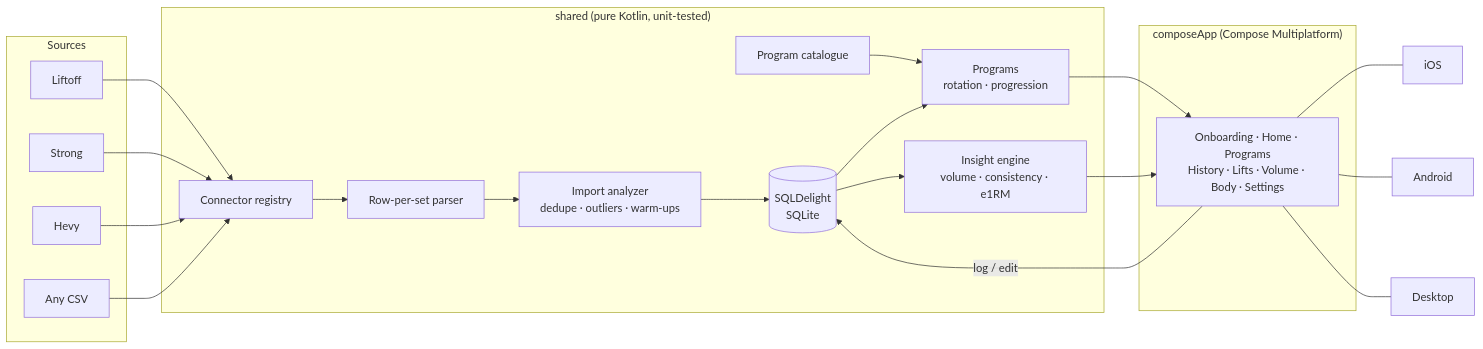
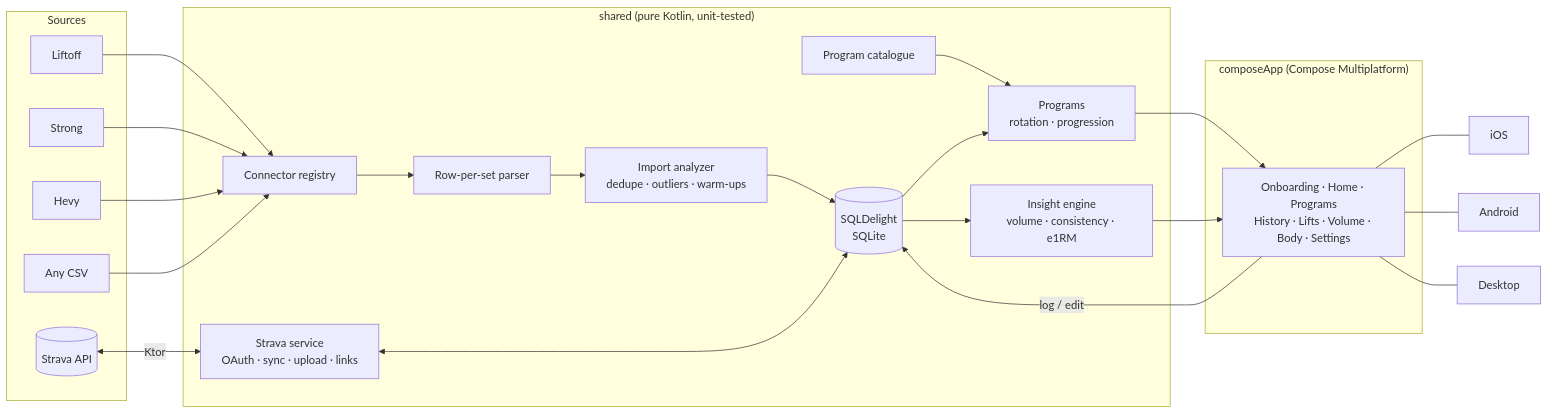
The diagram in README.md (gerra/gains), drawn with Mermaid before and after one commit. The commit also changed other lines of this file and 35 other files, not shown here.

````diff
--- a/README.md
+++ b/README.md
@@ -307,25 +383,28 @@
 ```mermaid
 flowchart LR
   subgraph Sources
     L[Liftoff]
     S[Strong]
     H[Hevy]
     C[Any CSV]
+    ST[(Strava API)]
   end
   subgraph shared["shared (pure Kotlin, unit-tested)"]
     R[Connector registry] --> P[Row-per-set parser]
     P --> A[Import analyzer<br/>dedupe · outliers · warm-ups]
     A --> DB[(SQLDelight<br/>SQLite)]
     DB --> E[Insight engine<br/>volume · consistency · e1RM]
     PC[Program catalogue] --> PR[Programs<br/>rotation · progression]
     DB --> PR
+    SV[Strava service<br/>OAuth · sync · upload · links] <--> DB
   end
   subgraph composeApp["composeApp (Compose Multiplatform)"]
     UI[Onboarding · Home · Programs<br/>History · Lifts · Volume · Body · Settings]
   end
   PR --> UI
   L & S & H & C --> R
+  ST <-->|Ktor| SV
   E --> UI
   UI -->|log / edit| DB
   UI --- iOS & Android & Desktop
 ```
````
